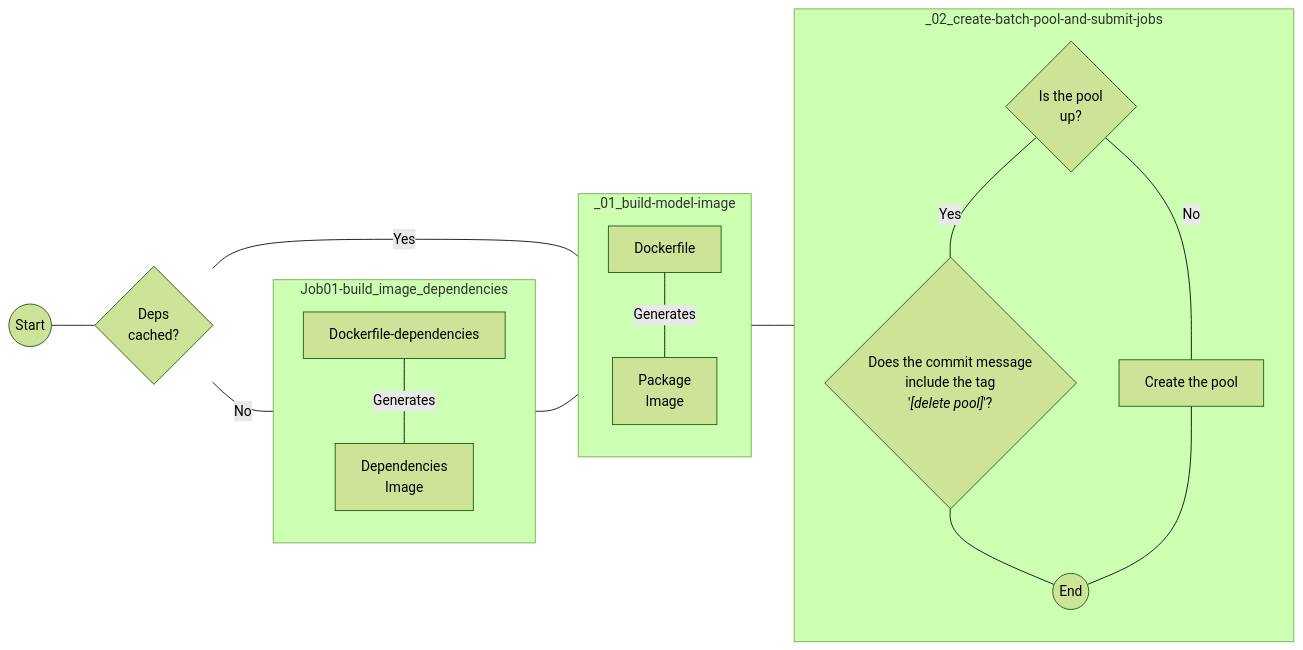
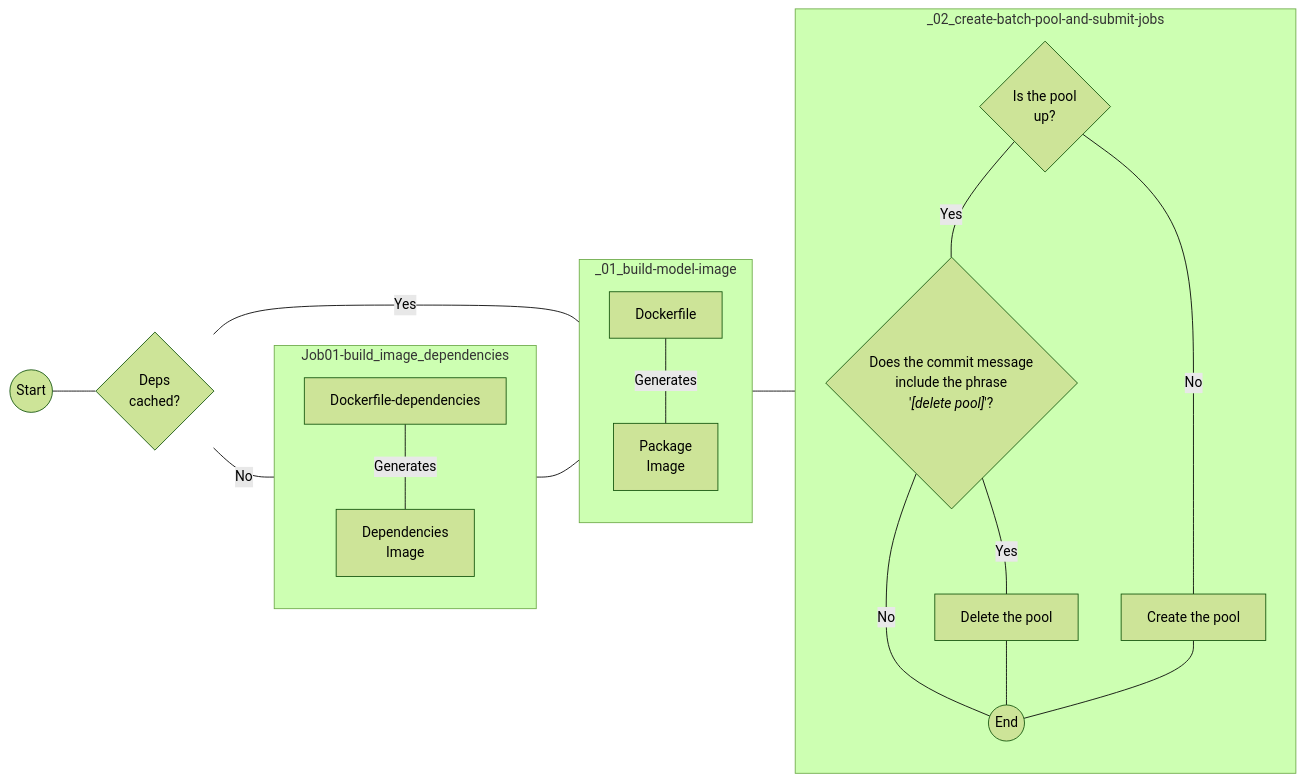
Before and after one commit to CDCgov/cfa-epinow2-pipeline: the diagram in README.md, drawn with Mermaid (forest theme).

````diff
--- a/README.md
+++ b/README.md
@@ -120,33 +120,36 @@
 ```mermaid
+
 flowchart LR
 
   START((Start))---DEPS_CACHED
 
   DEPS_CACHED{Deps<br>cached?}---|No|DEPS
   DEPS_CACHED---|Yes|IMG
 
   subgraph DEPS[Job01-build_image_dependencies]
     direction TB
     Dockerfile-dependencies---|Generates|DEPS_IMAGE[Dependencies<br>Image]
   end
 
   DEPS---IMG
 
   subgraph IMG[_01_build-model-image]
     direction TB
     Dockerfile---|Generates|PKG_IMG[Package<br>Image]
   end
 
   IMG---POOL
 
   subgraph POOL[_02_create-batch-pool-and-submit-jobs]
     direction TB
 
     POOL_EXISTS{Is the pool<br>up?}
     POOL_EXISTS---|No|CREATE_POOL[Create the pool]
-    POOL_EXISTS---|Yes|DELETE_POOL{"`Does the commit message<br>include the tag<br>'_[delete pool]_'?`"}
+    POOL_EXISTS---|Yes|SHOULD_DELETE_POOL{"`Does the commit message<br>include the phrase<br>'_[delete pool]_'?`"}
+    SHOULD_DELETE_POOL---|Yes|DELETE_POOL[Delete the pool]
+    SHOULD_DELETE_POOL---|No|END_POOL
     DELETE_POOL---END_POOL((End))
     CREATE_POOL---END_POOL
 
   end
 ```
````
